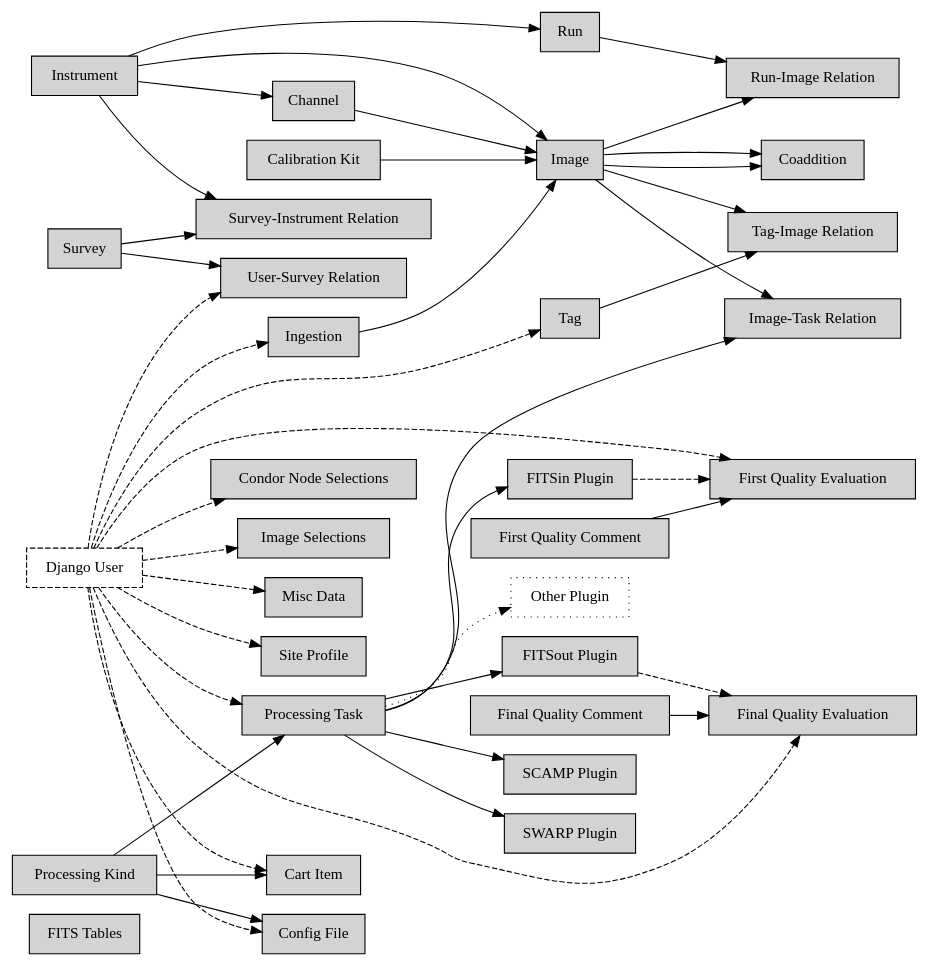
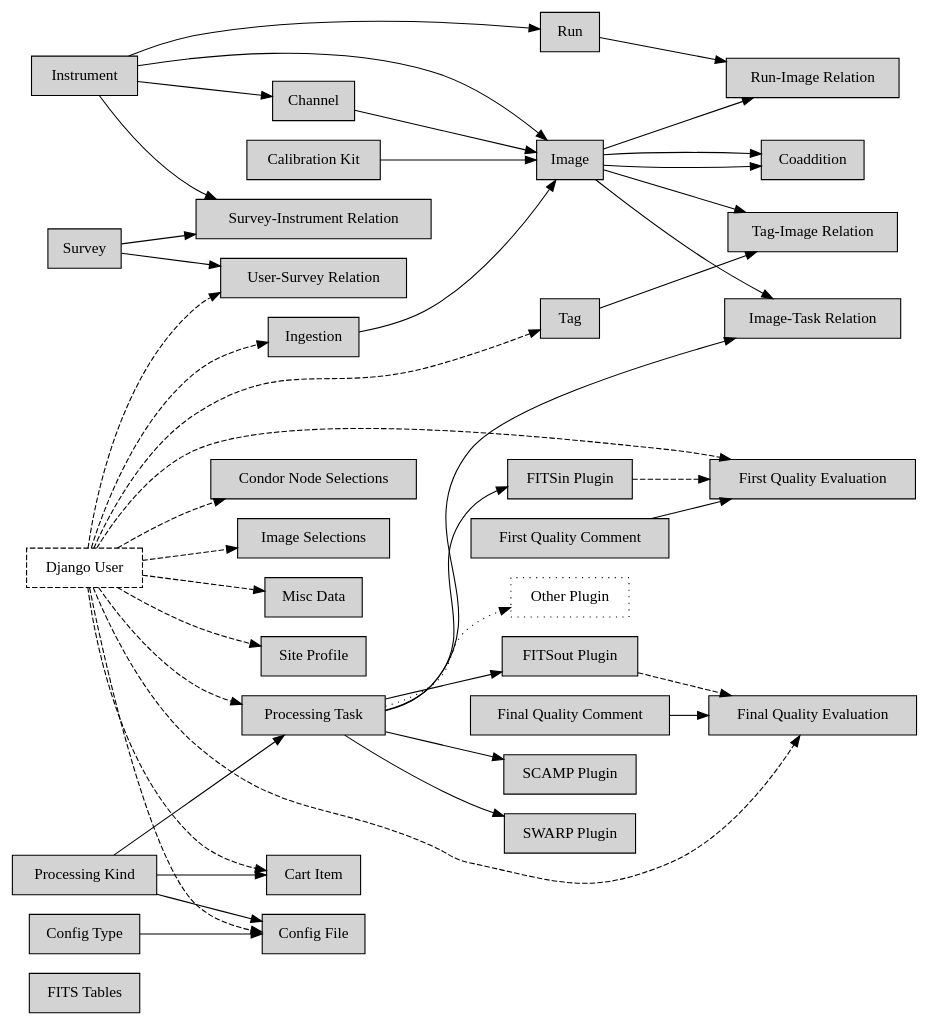
The diagram in doc/handbook/figures/codasyl.dot (gotsunami/Youpi), drawn with Graphviz before and after one commit. The commit also changed 3 other files, not shown here.

Commit message:
Updated Merise models with new ConfigType entity

```diff
--- a/doc/handbook/figures/codasyl.dot
+++ b/doc/handbook/figures/codasyl.dot
@@ -1,85 +1,88 @@
 /*
  * Youpi's CODASYL logical model
  *
  */
 digraph codasyl { 
 	rankdir = LR;
 	node [shape = box, style = filled];
 
 	/* Standalone records */
 	"FITS Tables";
 
 	/* Linked records */
 	calib [label="Calibration Kit"];
 	imgsel [label="Image Selections"];
 	task [label="Processing Task"];
 	relri [label="Run-Image Relation"];
 	carti [label="Cart Item"];
 	relsi [label="Survey-Instrument Relation"];
 	relit [label="Image-Task Relation"];
 	relus [label="User-Survey Relation"];
 	reltagi [label="Tag-Image Relation"];
 	kind [label="Processing Kind"];
 	plugfitsin [label="FITSin Plugin"];
 	plugfitsout [label="FITSout Plugin"];
 	plugscamp [label="SCAMP Plugin"];
 	plugswarp [label="SWARP Plugin"];
 	plugother [label="Other Plugin", style=dotted];
 	user [label="Django User", style=dashed];
 	miscdata [label="Misc Data"];
 	configfile [label="Config File"];
+	configtype [label="Config Type"];
 	ingrading [label="First Quality Evaluation"];
 	outgrading [label="Final Quality Evaluation"];
 	incomment [label="First Quality Comment"];
 	outcomment [label="Final Quality Comment"];
 	siteprofile [label="Site Profile"];
 	condornodesel [label="Condor Node Selections"];
 
 	/* Sets */
 	calib -> Image;
 	Channel -> Image;
 	Ingestion -> Image;
 	Instrument -> Image;
 	Image -> Coaddition;
 	Image -> Coaddition;
 	Image -> relri;
 	Image -> relit;
 	Image -> reltagi;
 	task -> plugfitsin;
 	task -> plugfitsout;
 	task -> plugscamp;
 	task -> plugswarp;
 	task -> plugother[style=dotted];
 	Run -> relri;
 
 	user -> carti[style=dashed];
 	user -> task[style=dashed];
 	user -> Ingestion[style=dashed];
 	user -> imgsel[style=dashed];
 	user -> miscdata[style=dashed];
 	user -> configfile[style=dashed];
 	user -> ingrading[style=dashed];
 	user -> outgrading[style=dashed];
 	user -> siteprofile[style=dashed];
 	user -> condornodesel[style=dashed];
 	user -> relus[style=dashed];
 	user -> Tag[style=dashed];
 	plugfitsin -> ingrading[style=dashed];
 	plugfitsout -> outgrading[style=dashed];
 	
 	Instrument -> Channel;
 	Instrument -> Run;
 	Survey -> relsi;
 	Survey -> relus;
 	Instrument -> relsi;
 
 	kind -> task;
 	kind -> configfile;
 	kind -> carti;
 
+	configtype -> configfile;
+
 	task -> relit;
 	Tag -> reltagi;
 
 	incomment -> ingrading;
 	outcomment -> outgrading;
 } 
```
